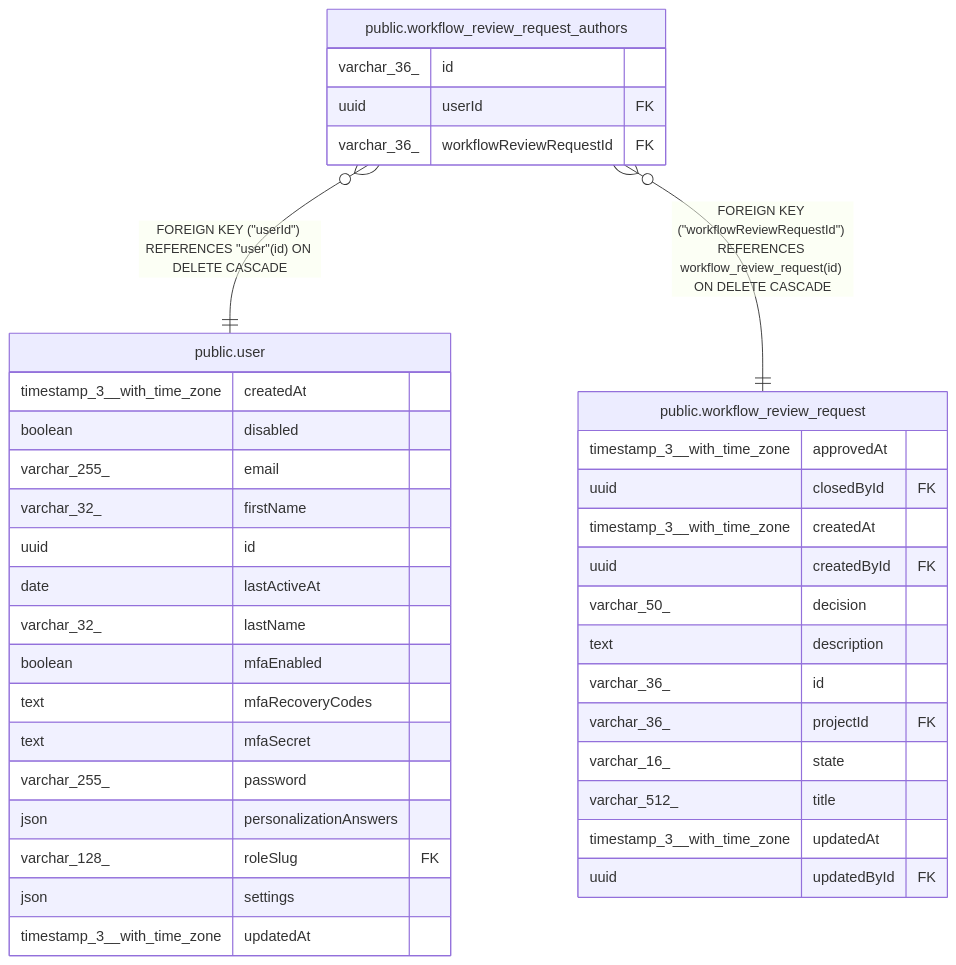
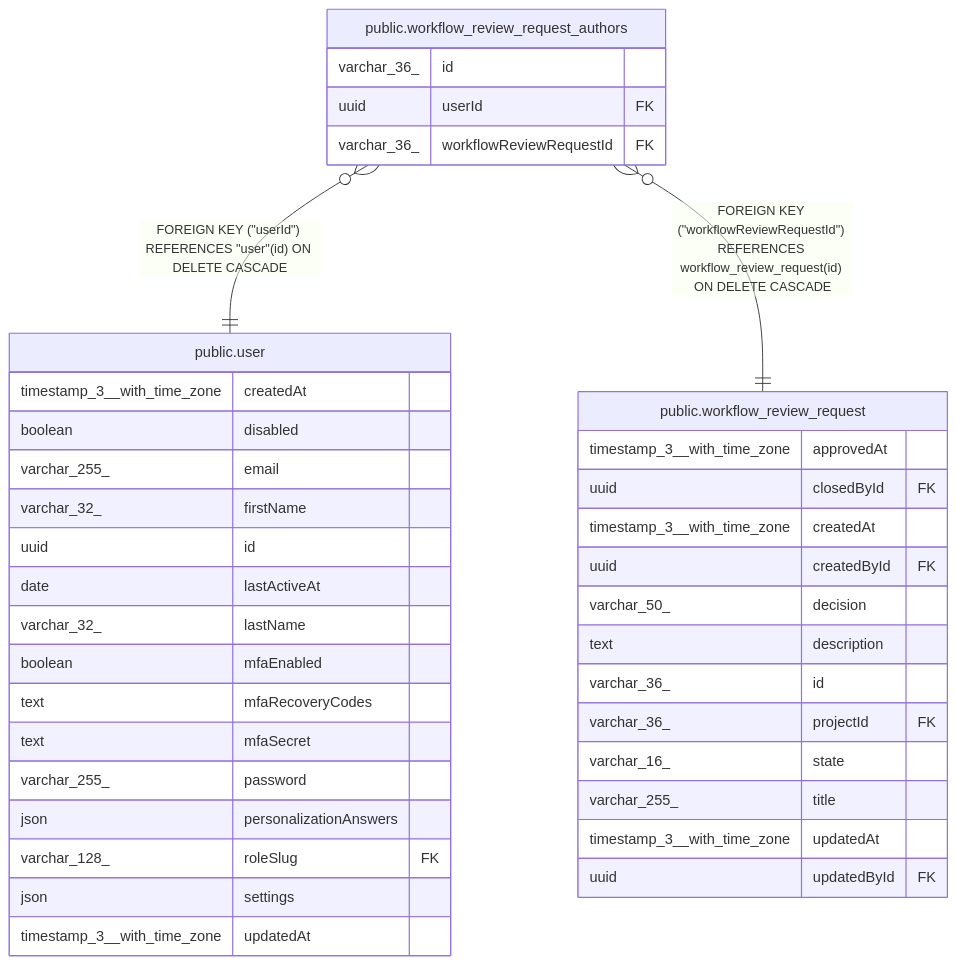
Before and after one commit to mayankjain1815-commits/n8n: the diagram in docs/generated/postgres-schema/public.workflow_review_request_authors.md, drawn with Mermaid. The commit also changed 15 other files, not shown here.

````diff
--- a/docs/generated/postgres-schema/public.workflow_review_request_authors.md
+++ b/docs/generated/postgres-schema/public.workflow_review_request_authors.md
@@ -31,43 +31,43 @@
 ```mermaid
 erDiagram
 
 "public.workflow_review_request_authors" }o--|| "public.user" : "FOREIGN KEY (#quot;userId#quot;) REFERENCES #quot;user#quot;(id) ON DELETE CASCADE"
 "public.workflow_review_request_authors" }o--|| "public.workflow_review_request" : "FOREIGN KEY (#quot;workflowReviewRequestId#quot;) REFERENCES workflow_review_request(id) ON DELETE CASCADE"
 
 "public.workflow_review_request_authors" {
   varchar_36_ id
   uuid userId FK
   varchar_36_ workflowReviewRequestId FK
 }
 "public.user" {
   timestamp_3__with_time_zone createdAt
   boolean disabled
   varchar_255_ email
   varchar_32_ firstName
   uuid id
   date lastActiveAt
   varchar_32_ lastName
   boolean mfaEnabled
   text mfaRecoveryCodes
   text mfaSecret
   varchar_255_ password
   json personalizationAnswers
   varchar_128_ roleSlug FK
   json settings
   timestamp_3__with_time_zone updatedAt
 }
 "public.workflow_review_request" {
   timestamp_3__with_time_zone approvedAt
   uuid closedById FK
   timestamp_3__with_time_zone createdAt
   uuid createdById FK
   varchar_50_ decision
   text description
   varchar_36_ id
   varchar_36_ projectId FK
   varchar_16_ state
-  varchar_512_ title
+  varchar_255_ title
   timestamp_3__with_time_zone updatedAt
   uuid updatedById FK
 }
 ```
````
